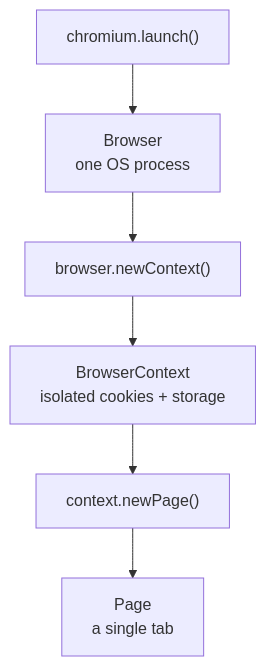
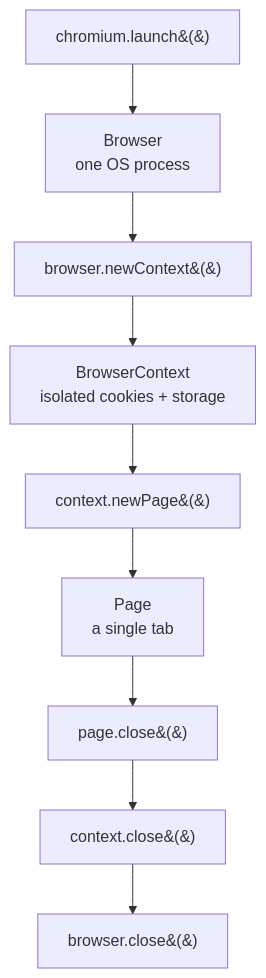
The second of 5 diagrams in README.md (Pratikraj211998/LearningPlaywrightFundamental3X), drawn with Mermaid before and after one commit. The commit also changed other lines of this file, not shown here.

````diff
--- a/README.md
+++ b/README.md
@@ -315,8 +356,11 @@
 ```mermaid
 flowchart TD
-    A["chromium.launch()"] --> B["Browser<br/>one OS process"]
-    B --> C["browser.newContext()"]
-    C --> D["BrowserContext<br/>isolated cookies + storage"]
-    D --> E["context.newPage()"]
-    E --> F["Page<br/>a single tab"]
+    A["chromium.launch&#40;&#41;"] --> B[Browser<br/>one OS process]
+    B --> C["browser.newContext&#40;&#41;"]
+    C --> D[BrowserContext<br/>isolated cookies + storage]
+    D --> E["context.newPage&#40;&#41;"]
+    E --> F[Page<br/>a single tab]
+    F --> G["page.close&#40;&#41;"]
+    G --> H["context.close&#40;&#41;"]
+    H --> I["browser.close&#40;&#41;"]
 ```
````
